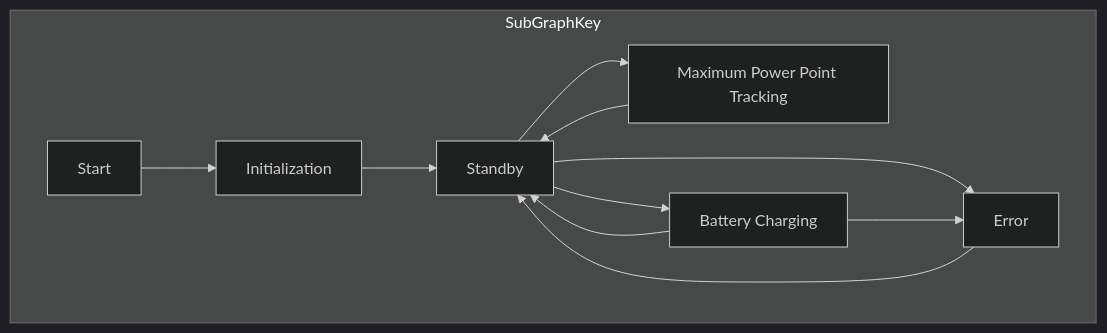
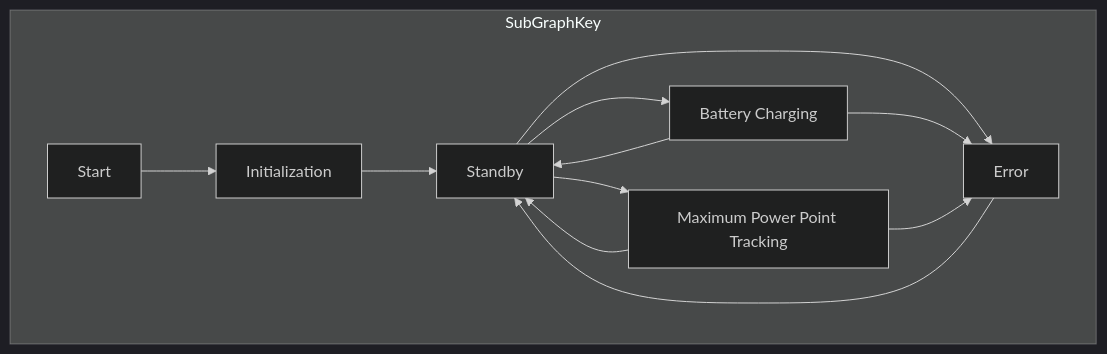
One commit to justinfederico/SolarIrrigation changed the diagram in README.md. Above: the diagram before and after it, drawn with Mermaid (dark theme).

````diff
--- a/README.md
+++ b/README.md
@@ -6,28 +6,28 @@
 ```mermaid
 graph TD
   Start --> Initialization
   Initialization --> Standby
   Standby --> MPPT
   MPPT --> Standby
   Standby --> Charging
   Charging --> Standby
   Standby --> Error
   Charging --> Error
+  MPPT --> Error
   Error --> Standby
-
-  Start[Start]
-  Initialization[Initialization]
-  Standby[Standby]
-  MPPT[Maximum Power Point Tracking]
-  Charging[Battery Charging]
-  Error[Error]
 
   subgraph SubGraphKey
     Start[Start]
     Initialization[Initialization]
     Standby[Standby]
     MPPT[Maximum Power Point Tracking]
     Charging[Battery Charging]
     Error[Error]
   end
+
+  click Standby "reservoirFull ?" "Enter Standby if reservoirFull condition is fulfilled"
+  click MPPT "reservoirFull ?" "Enter Standby if reservoirFull condition is fulfilled"
+  click Charging "reservoirFull ?" "Enter Standby if reservoirFull condition is fulfilled"
+  click Error "reservoirFull ?" "Enter Standby if reservoirFull condition is fulfilled"
+
 ```
````
